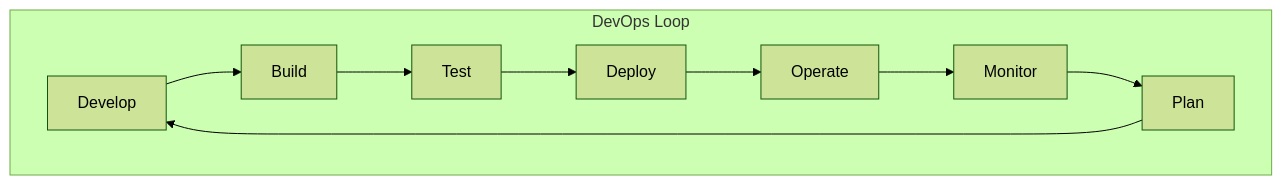
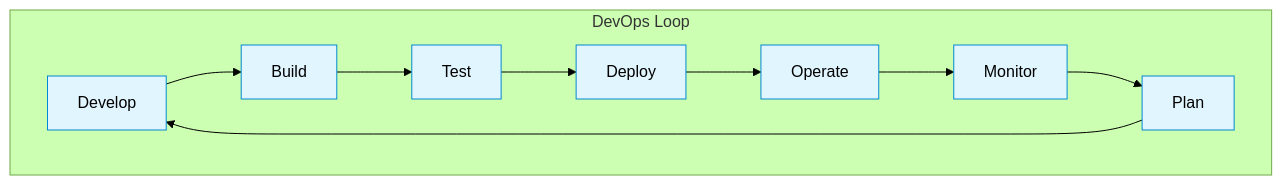
One commit to Raushan666java/ai-engineering-journey changed the first of 6 diagrams in docs/courses/software-engineering/12-devops-cicd.md. Above: the diagram before and after it, drawn with Mermaid (forest theme). The commit also changed other lines of this file and 15 other files, not shown here.

Commit message:
deploy: software-engineering overhaul - 16 chapters expanded to avg 1284L (+7649L), richer Mermaid, more TS, deeper content

````diff
--- a/docs/courses/software-engineering/12-devops-cicd.md
+++ b/docs/courses/software-engineering/12-devops-cicd.md
@@ -21,12 +20,15 @@
 ```mermaid
 graph TD
     subgraph "DevOps Loop"
         DEV[Develop] --> BUILD[Build]
         BUILD --> TEST[Test]
         TEST --> DEPLOY[Deploy]
         DEPLOY --> OPERATE[Operate]
         OPERATE --> MONITOR[Monitor]
         MONITOR --> PLAN[Plan]
         PLAN --> DEV
     end
+    
+    classDef phase fill:#e1f5fe,stroke:#0288d1
+    class DEV,BUILD,TEST,DEPLOY,OPERATE,MONITOR,PLAN phase
 ```
````
